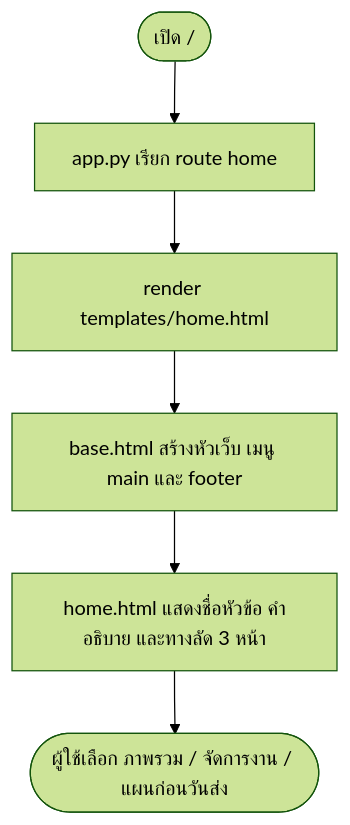
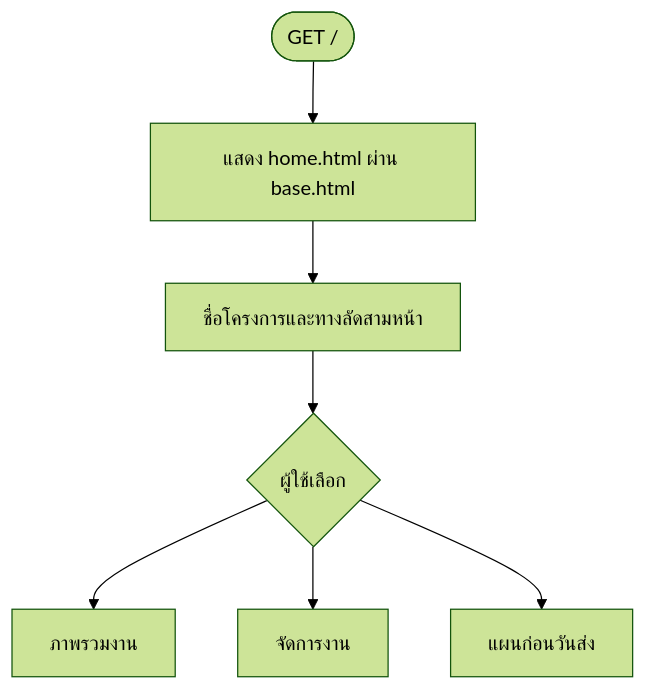
Before and after one commit to aiy157/ManagerTime: the second of 10 diagrams in docs/presentation/FLOWCHARTS.md, drawn with Mermaid (forest theme). The commit also changed other lines of this file and 68 other files, not shown here.

````diff
--- a/docs/presentation/FLOWCHARTS.md
+++ b/docs/presentation/FLOWCHARTS.md
@@ -35,8 +28,9 @@
 ```mermaid
 flowchart TD
-    A(["เปิด /"]) --> B["app.py เรียก route home"]
-    B --> C["render templates/home.html"]
-    C --> D["base.html สร้างหัวเว็บ เมนู main และ footer"]
-    D --> E["home.html แสดงชื่อหัวข้อ คำอธิบาย และทางลัด 3 หน้า"]
-    E --> F(["ผู้ใช้เลือก ภาพรวม / จัดการงาน / แผนก่อนวันส่ง"])
+    A(["GET /"]) --> B["แสดง home.html ผ่าน base.html"]
+    B --> C["ชื่อโครงการและทางลัดสามหน้า"]
+    C --> D{"ผู้ใช้เลือก"}
+    D --> P1["ภาพรวมงาน"]
+    D --> P2["จัดการงาน"]
+    D --> P3["แผนก่อนวันส่ง"]
 ```
````
